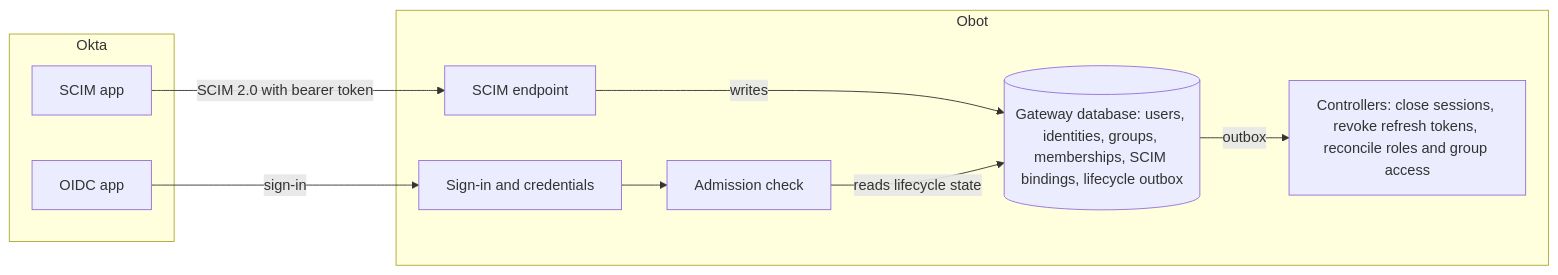
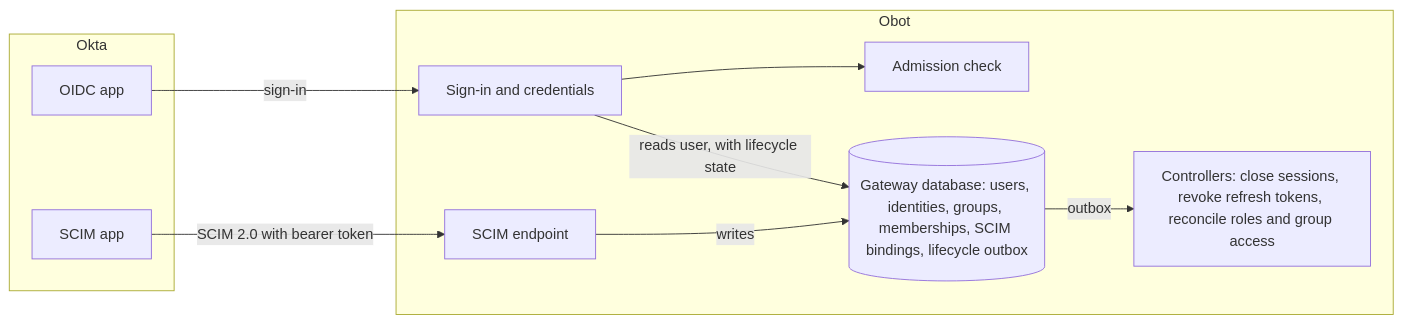
The first of 2 diagrams in proposals/2026-09-23-okta-scim/README.md (g-linville/obot-design-proposals), drawn with Mermaid before and after one commit. The commit also changed other lines of this file, not shown here.

````diff
--- a/proposals/2026-09-23-okta-scim/README.md
+++ b/proposals/2026-09-23-okta-scim/README.md
@@ -103,18 +103,18 @@
 ```mermaid
 flowchart LR
     subgraph Okta
         OIDC["OIDC app"]
         App["SCIM app"]
     end
     subgraph Obot
         Auth["Sign-in and credentials"] --> Check["Admission check"]
         Endpoint["SCIM endpoint"]
         DB[("Gateway database: users, identities, groups, memberships, SCIM bindings, lifecycle outbox")]
         Ctrl["Controllers: close sessions, revoke refresh tokens, reconcile roles and group access"]
     end
     OIDC -- "sign-in" --> Auth
     App -- "SCIM 2.0 with bearer token" --> Endpoint
     Endpoint -- "writes" --> DB
-    Check -- "reads lifecycle state" --> DB
+    Auth -- "reads user, with lifecycle state" --> DB
     DB -- "outbox" --> Ctrl
 ```
````
